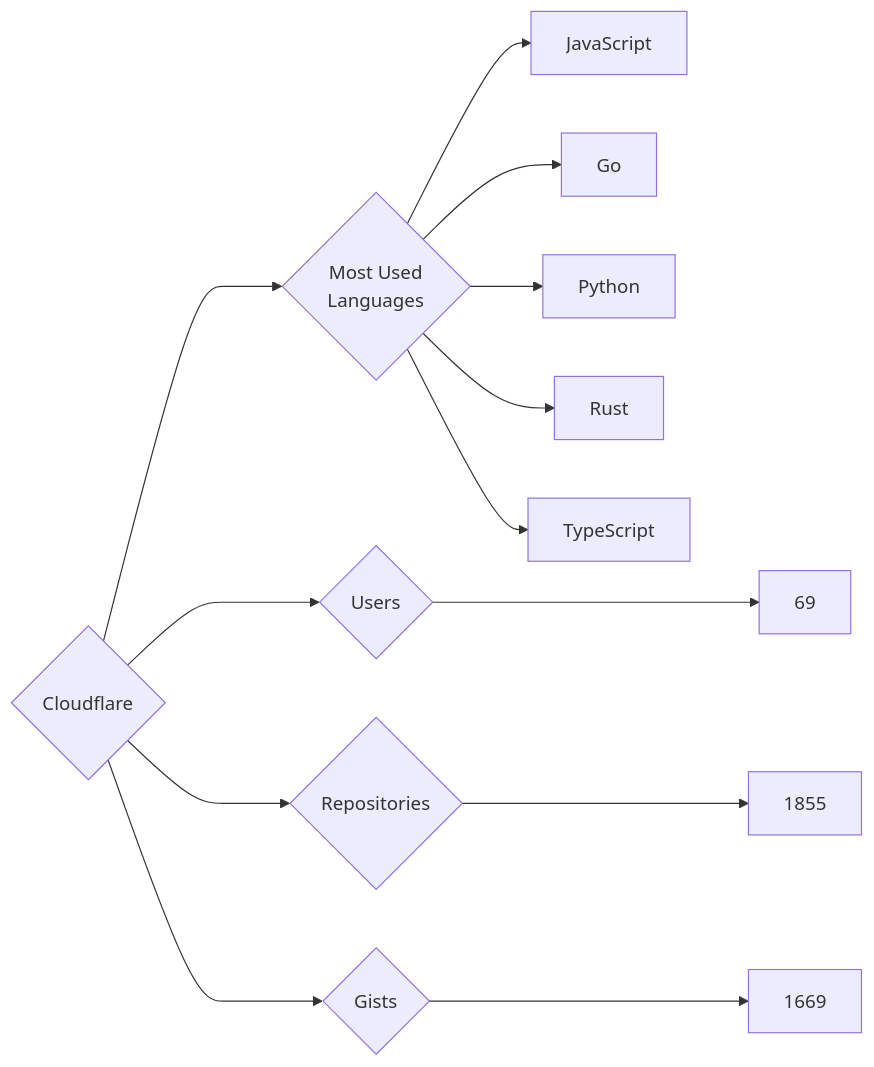
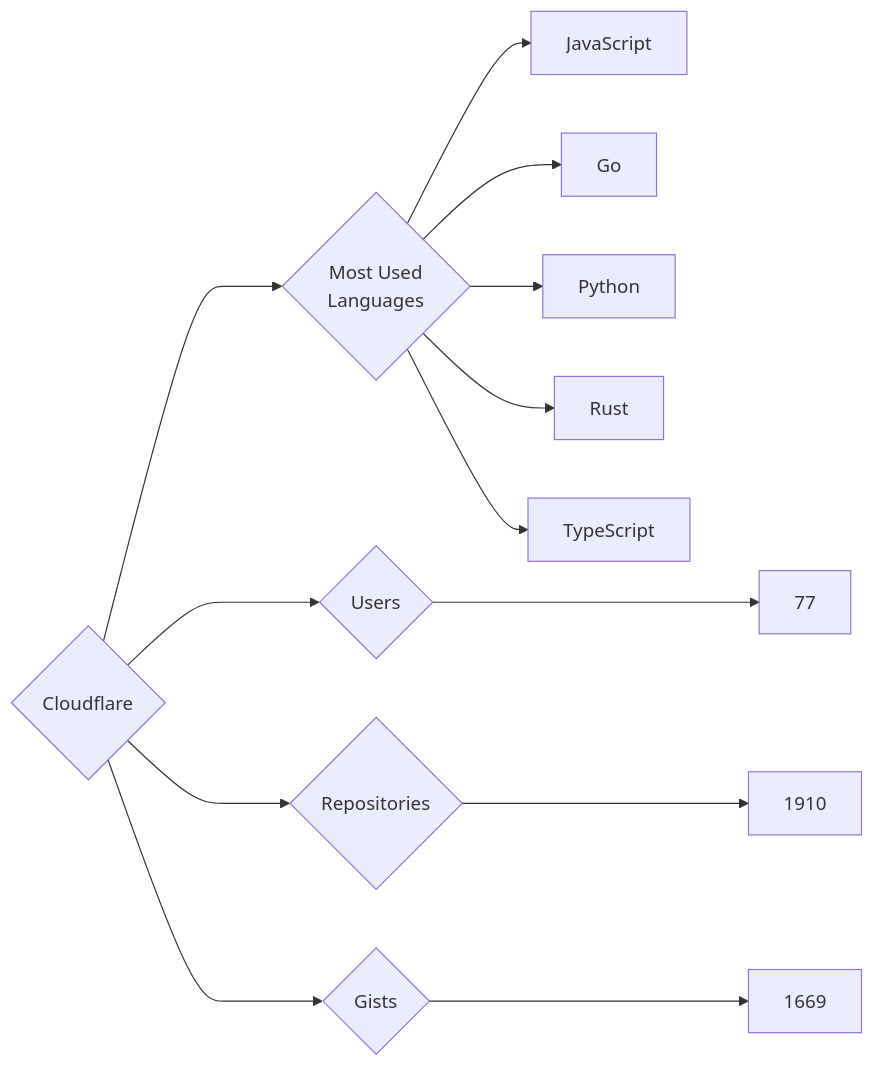
The diagram in targets/Cloudflare/README.md (trickest/insiders), drawn with Mermaid before and after one commit. The commit also changed 693 other files, not shown here.

````diff
--- a/targets/Cloudflare/README.md
+++ b/targets/Cloudflare/README.md
@@ -3,13 +3,13 @@
 ```mermaid
 graph LR
 COMPANY_NAME{Cloudflare}
-COMPANY_NAME ---> U{Users} ---> UN[69]
-COMPANY_NAME ---> R{Repositories} ---> RN[1855]
+COMPANY_NAME ---> U{Users} ---> UN[77]
+COMPANY_NAME ---> R{Repositories} ---> RN[1910]
 COMPANY_NAME ---> G{Gists} ---> GN[1669]
 COMPANY_NAME ---> ML{Most Used<br>Languages}
 ML --> JavaScript[JavaScript]
 ML --> Go[Go]
 ML --> Python[Python]
 ML --> Rust[Rust]
 ML --> TypeScript[TypeScript]
 ```
````
